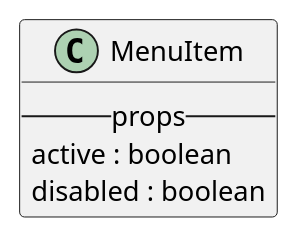
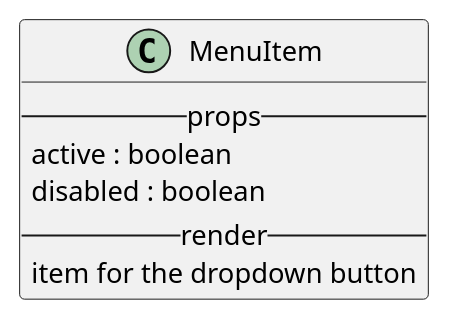
The diagram in react/bootstrap/menuitem.iuml (M9k/Marvin-Uml), drawn with PlantUML before and after one commit. The commit also changed 10 other files, not shown here.

```diff
--- a/react/bootstrap/menuitem.iuml
+++ b/react/bootstrap/menuitem.iuml
@@ -1,5 +1,7 @@
 class MenuItem {
     --props--
          active : boolean
          disabled : boolean
+    --render--
+        item for the dropdown button
 }
```
